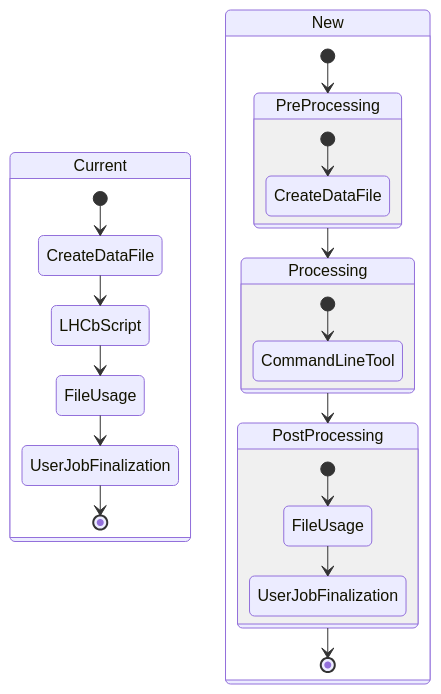
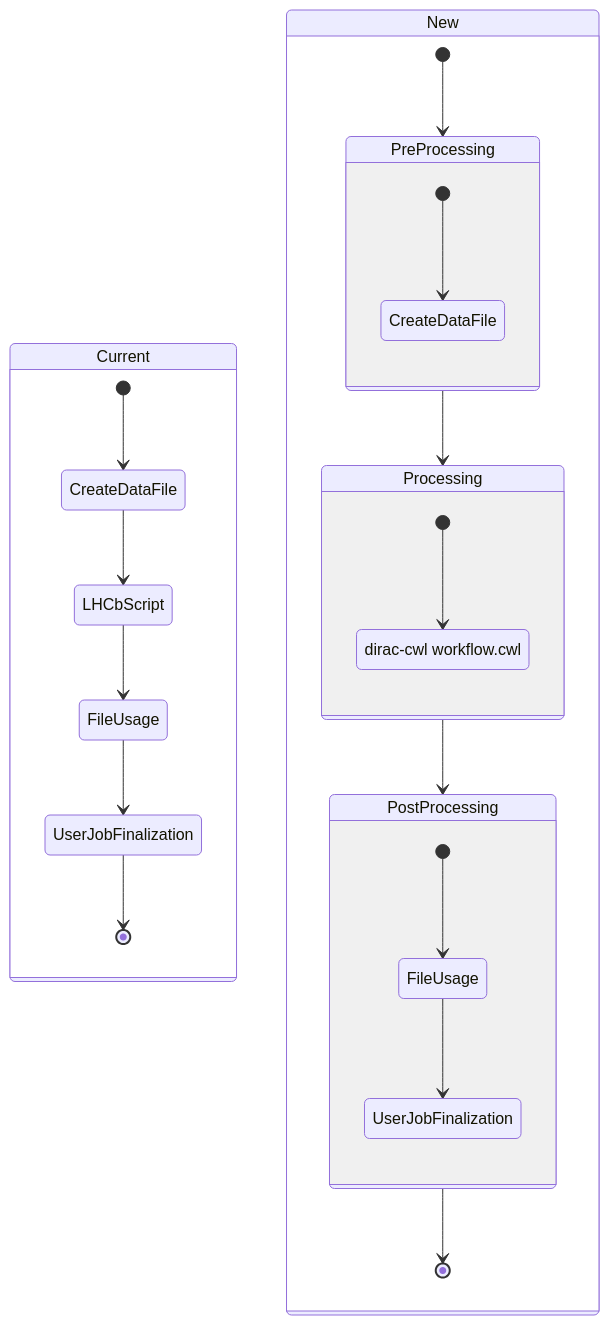
Before and after one commit to DIRACGrid/dirac-cwl: the first of 5 diagrams in docs/design/lhcb-workflows.md, drawn with Mermaid. The commit also changed other lines of this file, not shown here.

````diff
--- a/docs/design/lhcb-workflows.md
+++ b/docs/design/lhcb-workflows.md
@@ -13,53 +13,49 @@
 ```mermaid
----
-config:
-    layout: elk
----
 stateDiagram
     direction TB
 
     state Current {
 
         CreateDataFile_Old: CreateDataFile
         LHCbScript_Old: LHCbScript
         FileUsage_Old: FileUsage
         UserJobFinalization_Old: UserJobFinalization
 
         [*] --> CreateDataFile_Old
         CreateDataFile_Old --> LHCbScript_Old
         LHCbScript_Old --> FileUsage_Old
         FileUsage_Old --> UserJobFinalization_Old
         UserJobFinalization_Old --> [*]
     }
 
     state New {
         PreProcessing_New: PreProcessing
         Processing_New: Processing
         PostProcessing_New: PostProcessing
 
         state PreProcessing_New {
             CreateDataFile_New: CreateDataFile
 
             [*] --> CreateDataFile_New
         }
 
         state Processing_New {
-            CommandLineTool_New: CommandLineTool
+            Workflow_New: dirac-cwl workflow.cwl
 
-            [*] --> CommandLineTool_New
+            [*] --> Workflow_New
         }
 
         state PostProcessing_New {
             FileUsage_New: FileUsage
             UserJobFinalization_New: UserJobFinalization
 
             [*] --> FileUsage_New
             FileUsage_New --> UserJobFinalization_New
         }
 
         [*] --> PreProcessing_New
         PreProcessing_New --> Processing_New
         Processing_New --> PostProcessing_New
         PostProcessing_New --> [*]
     }
 ```
````
